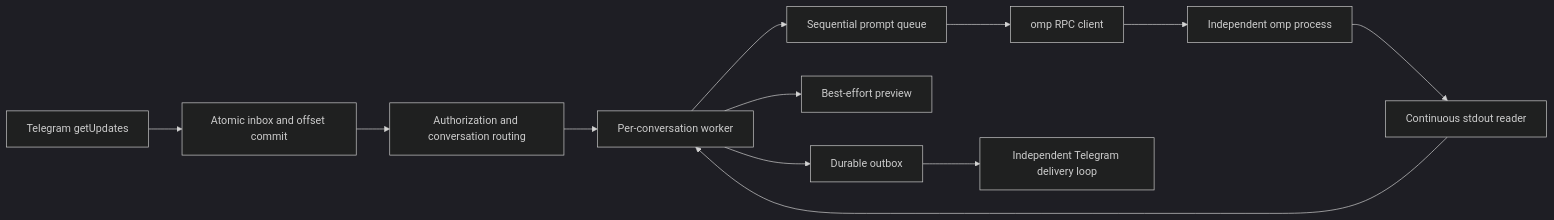
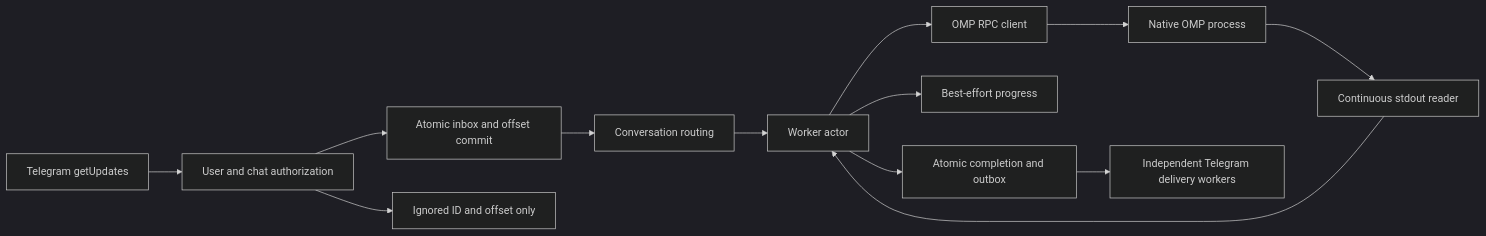
Before and after one commit to fcying/omp-telegram: the diagram in doc/architecture.md, drawn with Mermaid (dark theme). The commit also changed other lines of this file and 39 other files, not shown here.

````diff
--- a/doc/architecture.md
+++ b/doc/architecture.md
@@ -34,14 +59,15 @@
 ```mermaid
 flowchart LR
-    TG[Telegram getUpdates] --> IN[Atomic inbox and offset commit]
-    IN --> AUTH[Authorization and conversation routing]
-    AUTH --> W[Per-conversation worker]
-    W --> Q[Sequential prompt queue]
-    Q --> RPC[omp RPC client]
-    RPC --> OMP[Independent omp process]
+    TG[Telegram getUpdates] --> AUTH[User and chat authorization]
+    AUTH --> IN[Atomic inbox and offset commit]
+    AUTH --> IG[Ignored ID and offset only]
+    IN --> ROUTE[Conversation routing]
+    ROUTE --> W[Worker actor]
+    W --> RPC[OMP RPC client]
+    RPC --> OMP[Native OMP process]
     OMP --> READER[Continuous stdout reader]
     READER --> W
-    W --> PREVIEW[Best-effort preview]
-    W --> OUT[Durable outbox]
-    OUT --> DELIVERY[Independent Telegram delivery loop]
+    W --> PREVIEW[Best-effort progress]
+    W --> OUT[Atomic completion and outbox]
+    OUT --> SEND[Independent Telegram delivery workers]
 ```
````
